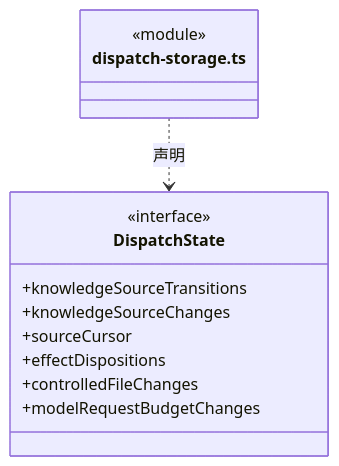
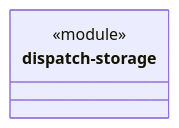
The diagram in src/logic/dispatch/rules/ARCHITECTURE.md (nan023062/cbim), drawn with Mermaid before and after one commit. The commit also changed other lines of this file and 158 other files, not shown here.

Commit message:
docs: model architecture through nested virtual encapsulations

````diff
--- a/src/logic/dispatch/rules/ARCHITECTURE.md
+++ b/src/logic/dispatch/rules/ARCHITECTURE.md
@@ -148,16 +19,7 @@
 ```mermaid
 classDiagram
-class N_src_logic_dispatch_rules_dispatch_storage_ts["dispatch-storage.ts"] {
+class N_5cc4a95a1ef3["dispatch-storage"] {
   <<module>>
 }
-class N_src_logic_dispatch_rules_dispatch_storage_ts_DispatchState["DispatchState"] {
-  <<interface>>
-  +knowledgeSourceTransitions
-  +knowledgeSourceChanges
-  +sourceCursor
-  +effectDispositions
-  +controlledFileChanges
-  +modelRequestBudgetChanges
-}
-N_src_logic_dispatch_rules_dispatch_storage_ts ..> N_src_logic_dispatch_rules_dispatch_storage_ts_DispatchState : 声明
+click N_5cc4a95a1ef3 href "dispatch-storage.ts"
 ```
````
